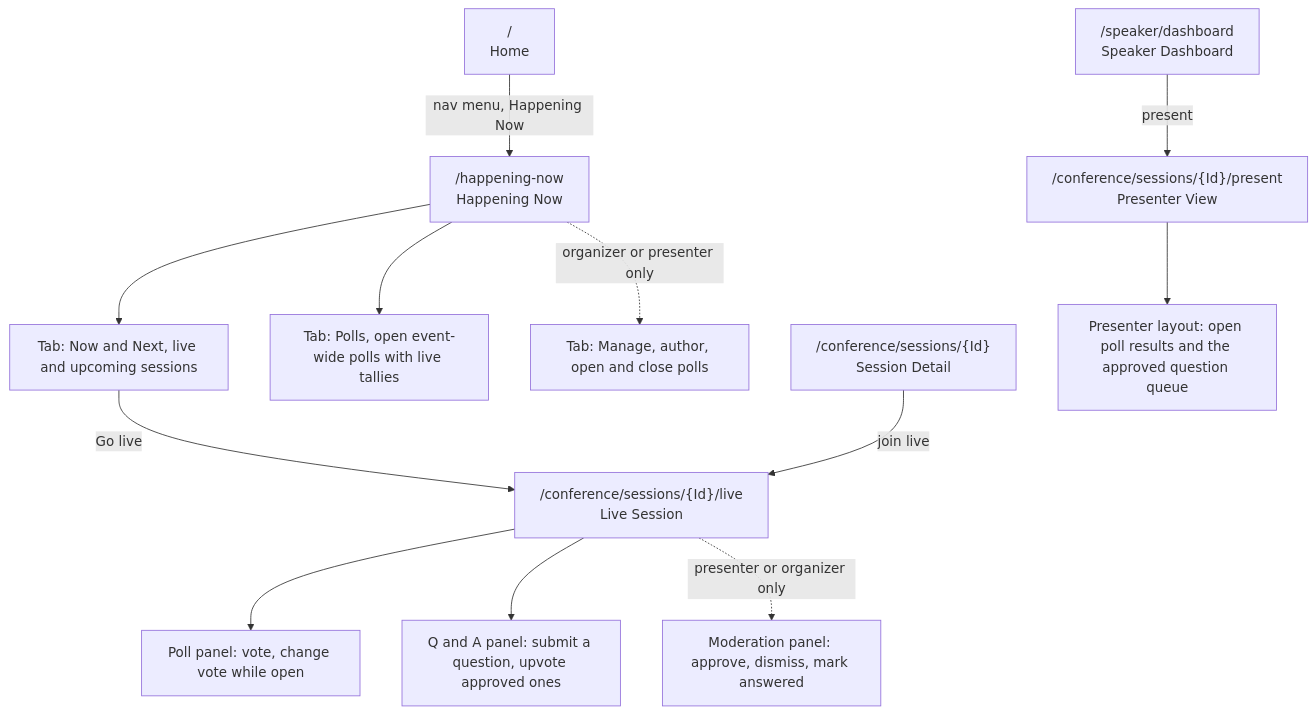
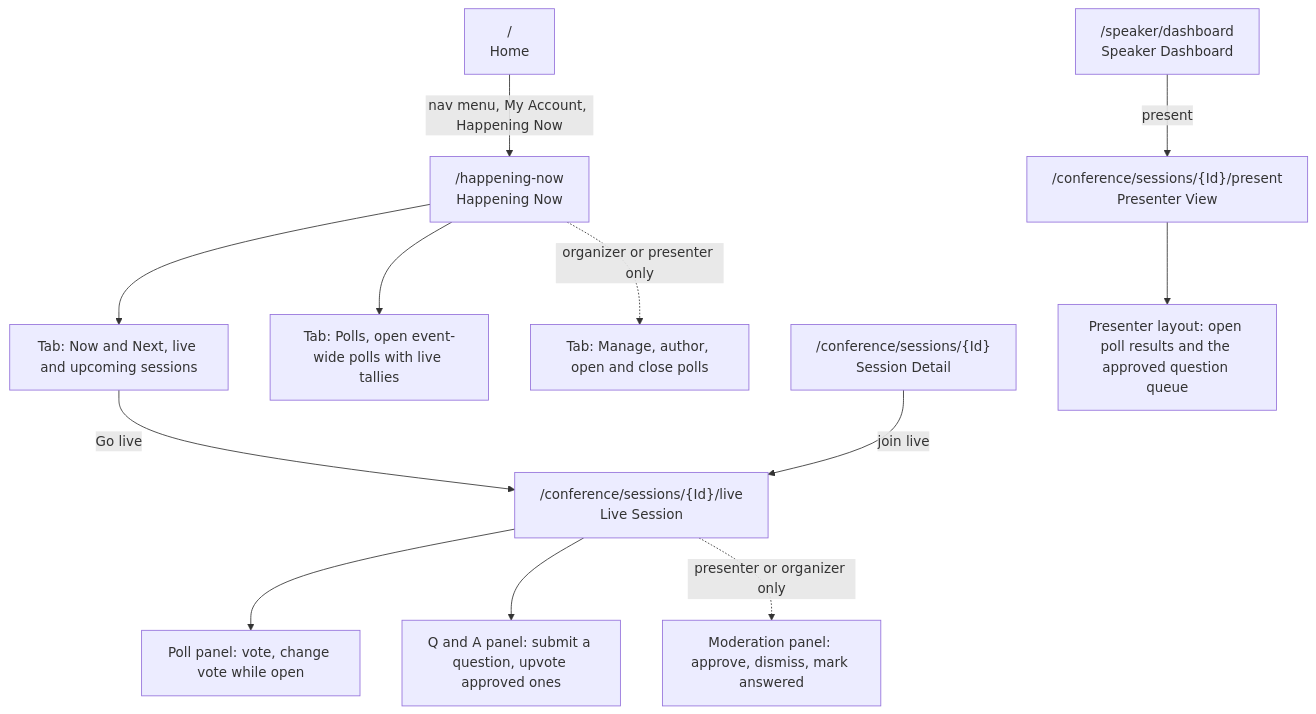
Before and after one commit to ivanball/ivanball.github.io: the tenth of 14 diagrams in docs-src/guides/adc-NavigationFlow.md, drawn with Mermaid. The commit also changed 5 other files, not shown here.

First line of the commit message:
docs(adr-087): record the error-queue alerts and runbooks; Happening Now under My Account (#260)

````diff
--- a/docs-src/guides/adc-NavigationFlow.md
+++ b/docs-src/guides/adc-NavigationFlow.md
@@ -544,18 +544,18 @@
 ```mermaid
 flowchart TD
-    Home["/<br/>Home"] -->|nav menu, Happening Now| HN["/happening-now<br/>Happening Now"]
+    Home["/<br/>Home"] -->|nav menu, My Account, Happening Now| HN["/happening-now<br/>Happening Now"]
 
     HN --> NowNext["Tab: Now and Next, live and upcoming sessions"]
     HN --> Polls["Tab: Polls, open event-wide polls with live tallies"]
     HN -.->|organizer or presenter only| Manage["Tab: Manage, author, open and close polls"]
 
     NowNext -->|Go live| Live["/conference/sessions/{Id}/live<br/>Live Session"]
     SessionDetail2["/conference/sessions/{Id}<br/>Session Detail"] -->|join live| Live
 
     Live --> LivePolls["Poll panel: vote, change vote while open"]
     Live --> LiveQA["Q and A panel: submit a question, upvote approved ones"]
     Live -.->|presenter or organizer only| Moderate["Moderation panel: approve, dismiss, mark answered"]
 
     Dash2["/speaker/dashboard<br/>Speaker Dashboard"] -->|present| Present["/conference/sessions/{Id}/present<br/>Presenter View"]
     Present --> PresentPolls["Presenter layout: open poll results and the approved question queue"]
 ```
````
